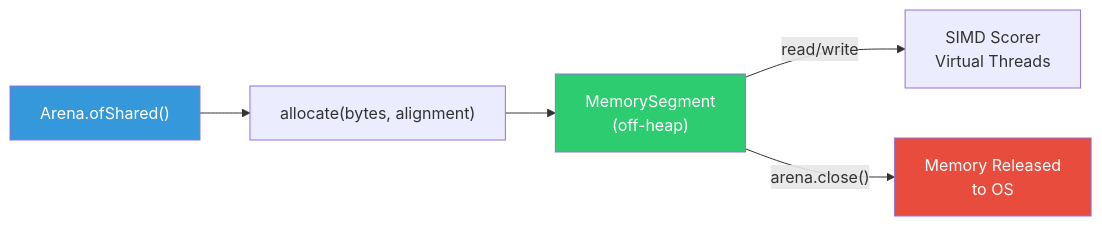
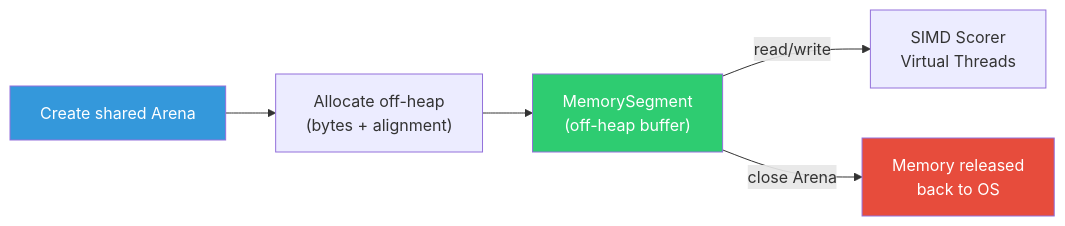
One commit to spectrayan/spector changed the first of 4 diagrams in docs/docs/memory/panama-design.md. Above: the diagram before and after it, drawn with Mermaid. The commit also changed other lines of this file and 38 other files, not shown here.

First line of the commit message:
docs(memory): replace implementation details with functional diagrams and product-focused content (#33)

````diff
--- a/docs/docs/memory/panama-design.md
+++ b/docs/docs/memory/panama-design.md
@@ -52,11 +40,11 @@
 ```mermaid
 graph LR
-    A["Arena.ofShared()"] --> B["allocate(bytes, alignment)"]
-    B --> C["MemorySegment<br/>(off-heap)"]
-    C -->|read/write| D["SIMD Scorer<br/>Virtual Threads"]
-    C -->|"arena.close()"| E["Memory Released<br/>to OS"]
+    A["Create shared Arena"] --> B["Allocate off-heap<br/>(bytes + alignment)"]
+    B --> C["MemorySegment<br/>(off-heap buffer)"]
+    C -->|"read/write"| D["SIMD Scorer<br/>Virtual Threads"]
+    C -->|"close Arena"| E["Memory released<br/>back to OS"]
 
     style A fill:#3498db,color:white
     style C fill:#2ecc71,color:white
     style E fill:#e74c3c,color:white
 ```
````
